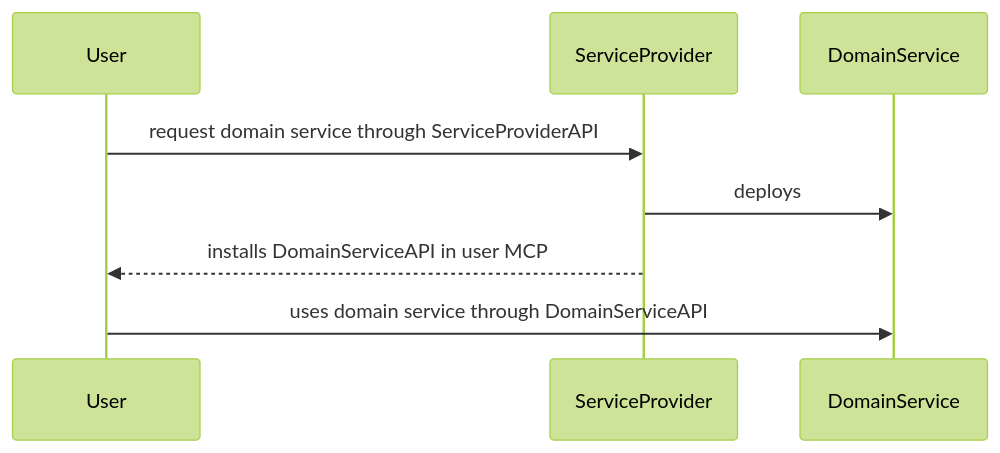
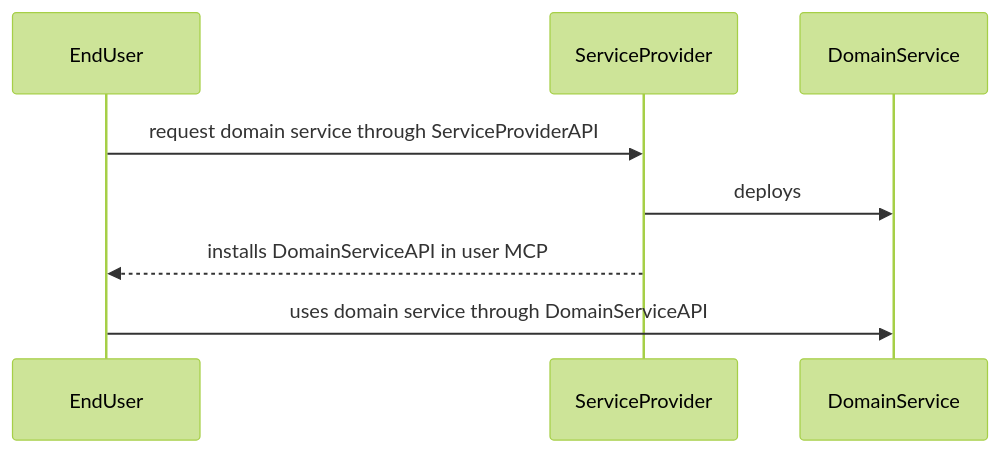
One commit to openmcp-project/docs changed the second of 7 diagrams in docs/about/design/service-provider.md. Above: the diagram before and after it, drawn with Mermaid (forest theme). The commit also changed other lines of this file, not shown here.

````diff
--- a/docs/about/design/service-provider.md
+++ b/docs/about/design/service-provider.md
@@ -57,13 +57,13 @@
 ```mermaid
 sequenceDiagram
     %% participants
-    participant usr as User
+    participant usr as EndUser
     participant sp as ServiceProvider
     participant ds as DomainService
 
     %% messages
     usr->>sp: request domain service through ServiceProviderAPI
     sp->>ds: deploys
     sp-->>usr: installs DomainServiceAPI in user MCP
     usr->>ds: uses domain service through DomainServiceAPI
 ```
````
